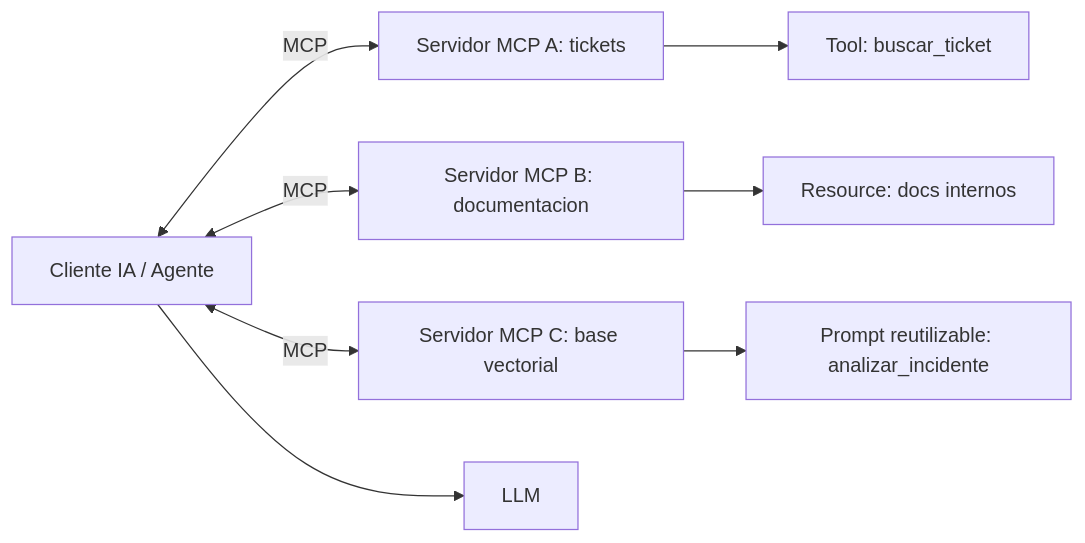
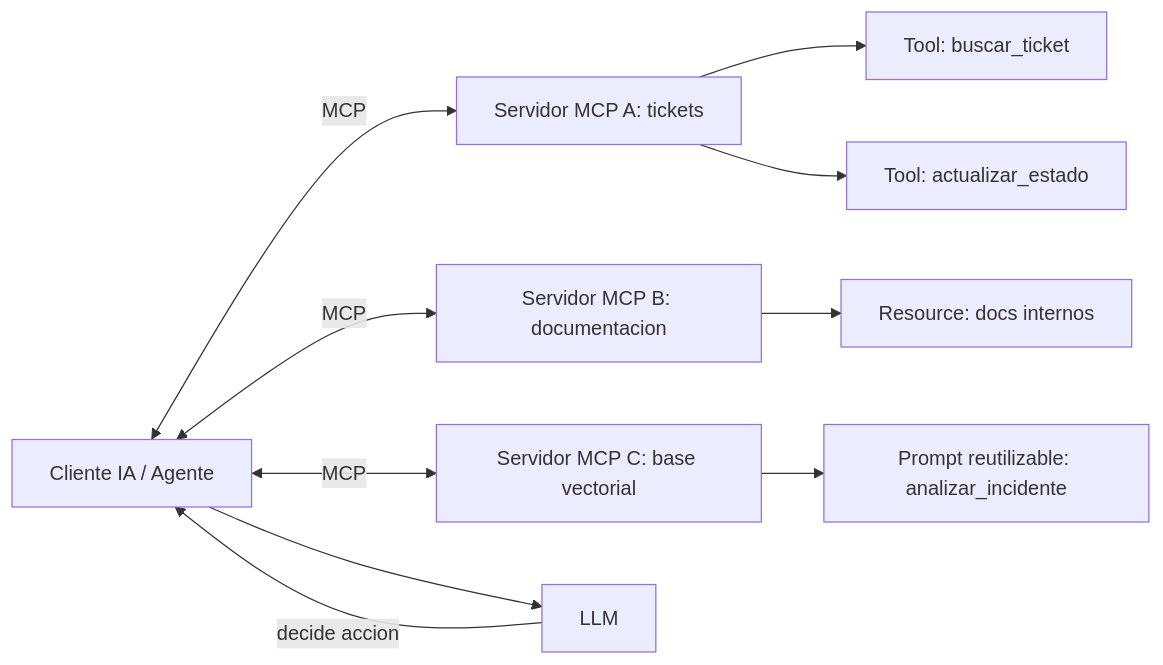
Before and after one commit to jjrosalesuci/ia: the diagram in Conceptos/09-mcp.md, drawn with Mermaid. The commit also changed other lines of this file and 7 other files, not shown here.

````diff
--- a/Conceptos/09-mcp.md
+++ b/Conceptos/09-mcp.md
@@ -41,10 +124,12 @@
 ```mermaid
 flowchart LR
     CLI[Cliente IA / Agente] <-->|MCP| S1[Servidor MCP A: tickets]
     CLI <-->|MCP| S2[Servidor MCP B: documentacion]
     CLI <-->|MCP| S3[Servidor MCP C: base vectorial]
     S1 --> T1[Tool: buscar_ticket]
+    S1 --> T2[Tool: actualizar_estado]
     S2 --> R1[Resource: docs internos]
     S3 --> P1[Prompt reutilizable: analizar_incidente]
     CLI --> LLM[LLM]
+    LLM -->|decide accion| CLI
 ```
````
